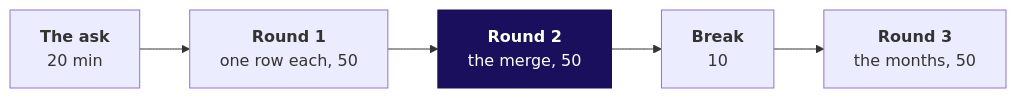
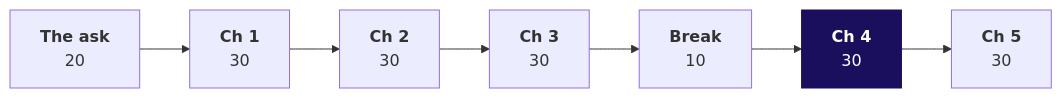
Before and after one commit to fde-academy-lab/c2-content-factory: the first of 2 diagrams in content/W02/D4/trainer/C2_W02_D04_day_sheet_TRAINER.md, drawn with Mermaid. The commit also changed other lines of this file and 9 other files, not shown here.

````diff
--- a/content/W02/D4/trainer/C2_W02_D04_day_sheet_TRAINER.md
+++ b/content/W02/D4/trainer/C2_W02_D04_day_sheet_TRAINER.md
@@ -36,6 +57,6 @@
 ```mermaid
 flowchart LR
-    A["<b>The ask</b><br/>20 min"] --> R1["<b>Round 1</b><br/>one row each, 50"] --> R2["<b>Round 2</b><br/>the merge, 50"] --> B["<b>Break</b><br/>10"] --> R3["<b>Round 3</b><br/>the months, 50"]
+    A["<b>The ask</b><br/>20"] --> C1["<b>Ch 1</b><br/>30"] --> C2["<b>Ch 2</b><br/>30"] --> C3["<b>Ch 3</b><br/>30"] --> B["<b>Break</b><br/>10"] --> C4["<b>Ch 4</b><br/>30"] --> C5["<b>Ch 5</b><br/>30"]
     classDef core fill:#1A0F5C,stroke:#1A0F5C,color:#FFFFFF
-    class R2 core
+    class C4 core
 ```
````
